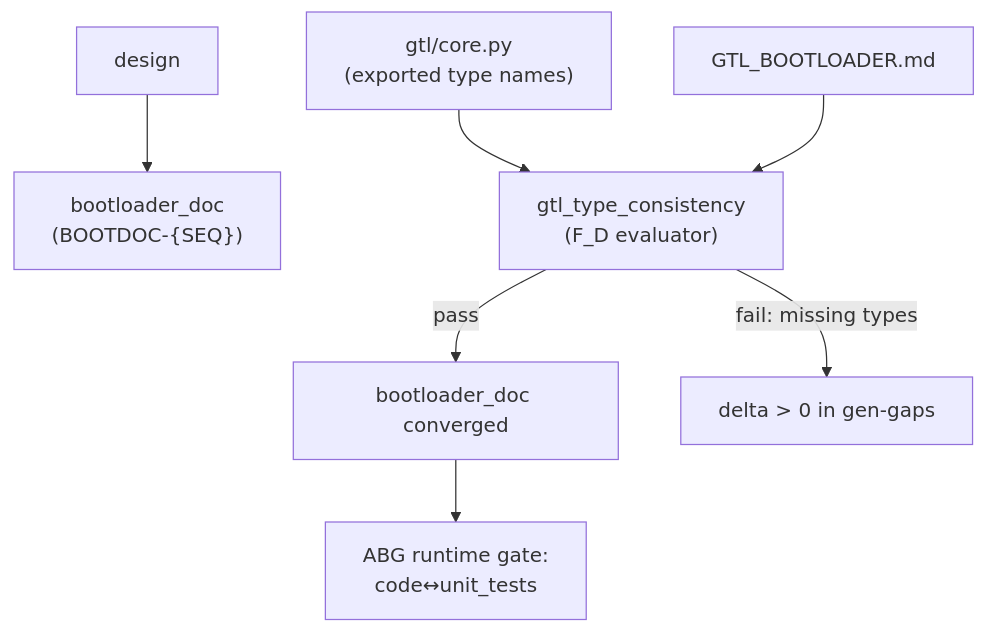
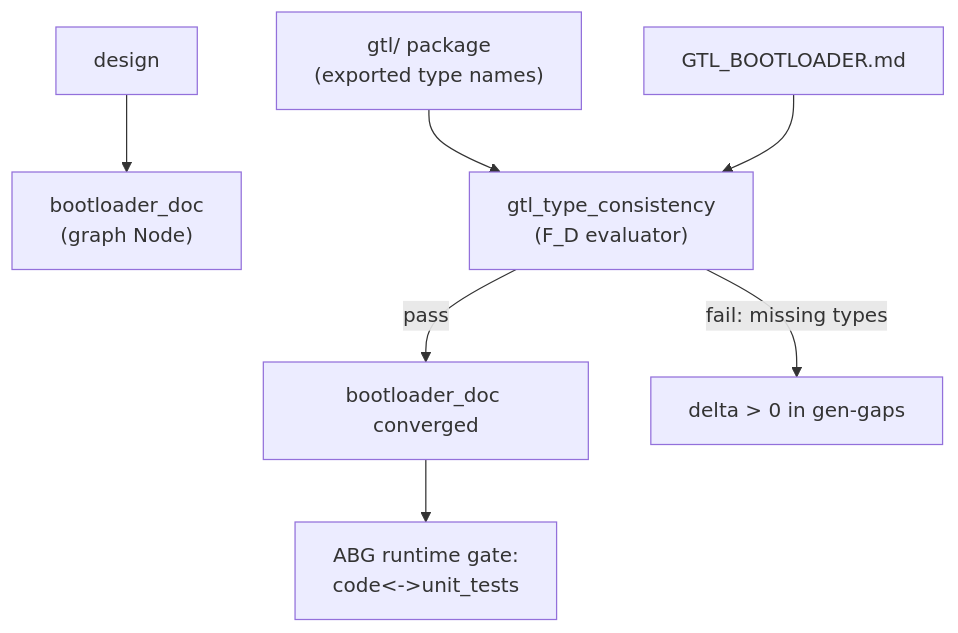
The tenth of 23 diagrams in docs/ABG_Design_Document.md (foolishimp/abiogenesis), drawn with Mermaid before and after one commit. The commit also changed other lines of this file and 90 other files, not shown here.

First line of the commit message:
docs: V2 documentation rewrite — GTL Technical Guide + ABG Design Document

````diff
--- a/docs/ABG_Design_Document.md
+++ b/docs/ABG_Design_Document.md
@@ -451,9 +595,9 @@
 ```mermaid
 flowchart TD
-    D["design"] --> B["bootloader_doc\n(BOOTDOC-{SEQ})"]
-    GTL["gtl/core.py\n(exported type names)"] --> FD["gtl_type_consistency\n(F_D evaluator)"]
+    D["design"] --> B["bootloader_doc\n(graph Node)"]
+    GTL["gtl/ package\n(exported type names)"] --> FD["gtl_type_consistency\n(F_D evaluator)"]
     BOOT["GTL_BOOTLOADER.md"] --> FD
     FD -->|"pass"| OK["bootloader_doc converged"]
     FD -->|"fail: missing types"| GAP["delta > 0 in gen-gaps"]
-    OK --> GATE["ABG runtime gate:\ncode↔unit_tests"]
+    OK --> GATE["ABG runtime gate:\ncode<->unit_tests"]
 ```
````
